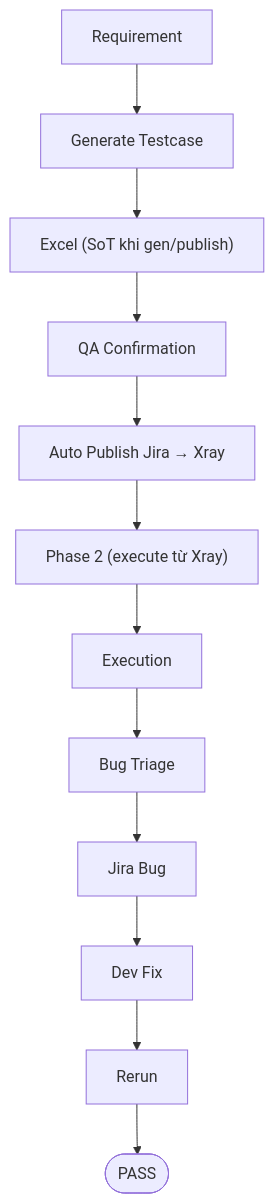
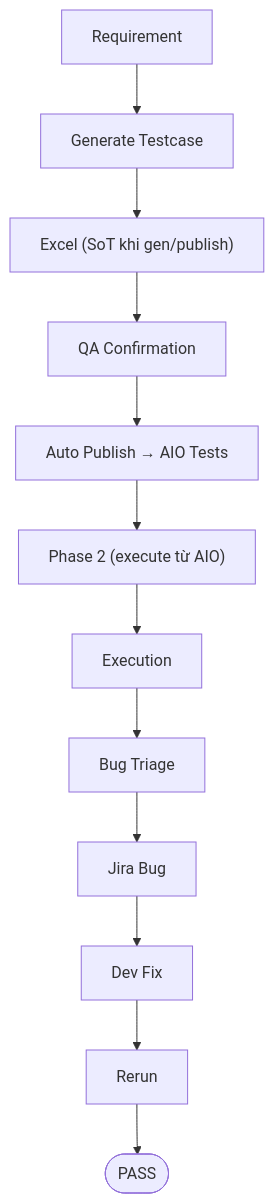
Before and after one commit to hungmanh0206/test-automation-kit-qig: the second of 3 diagrams in README.md, drawn with Mermaid. The commit also changed other lines of this file and 38 other files, not shown here.

````diff
--- a/README.md
+++ b/README.md
@@ -46,14 +46,14 @@
 ```mermaid
 flowchart TD
     A[Requirement] --> B[Generate Testcase]
     B --> C["Excel (SoT khi gen/publish)"]
     C --> D[QA Confirmation]
-    D --> E[Auto Publish Jira → Xray]
-    E --> F["Phase 2 (execute từ Xray)"]
+    D --> E[Auto Publish → AIO Tests]
+    E --> F["Phase 2 (execute từ AIO)"]
     F --> G[Execution]
     G --> H[Bug Triage]
     H --> I[Jira Bug]
     I --> J[Dev Fix]
     J --> K[Rerun]
     K --> L([PASS])
 ```
````
